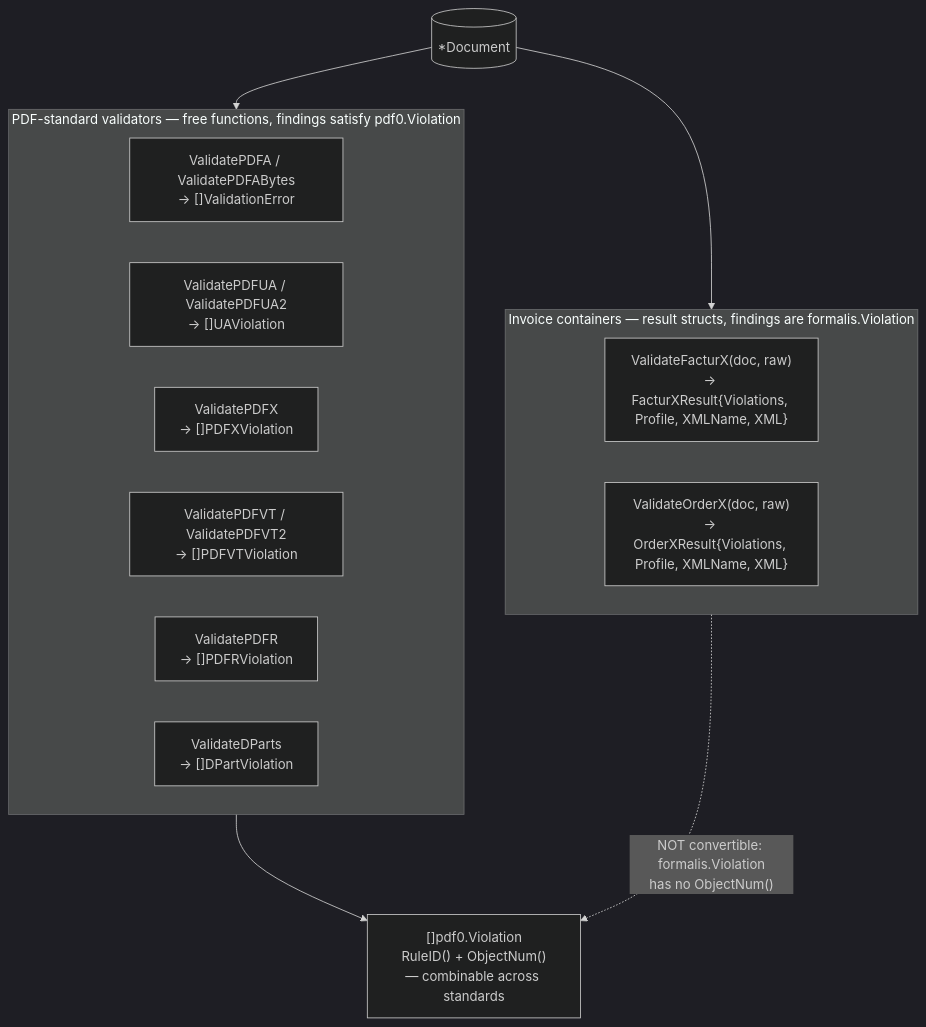
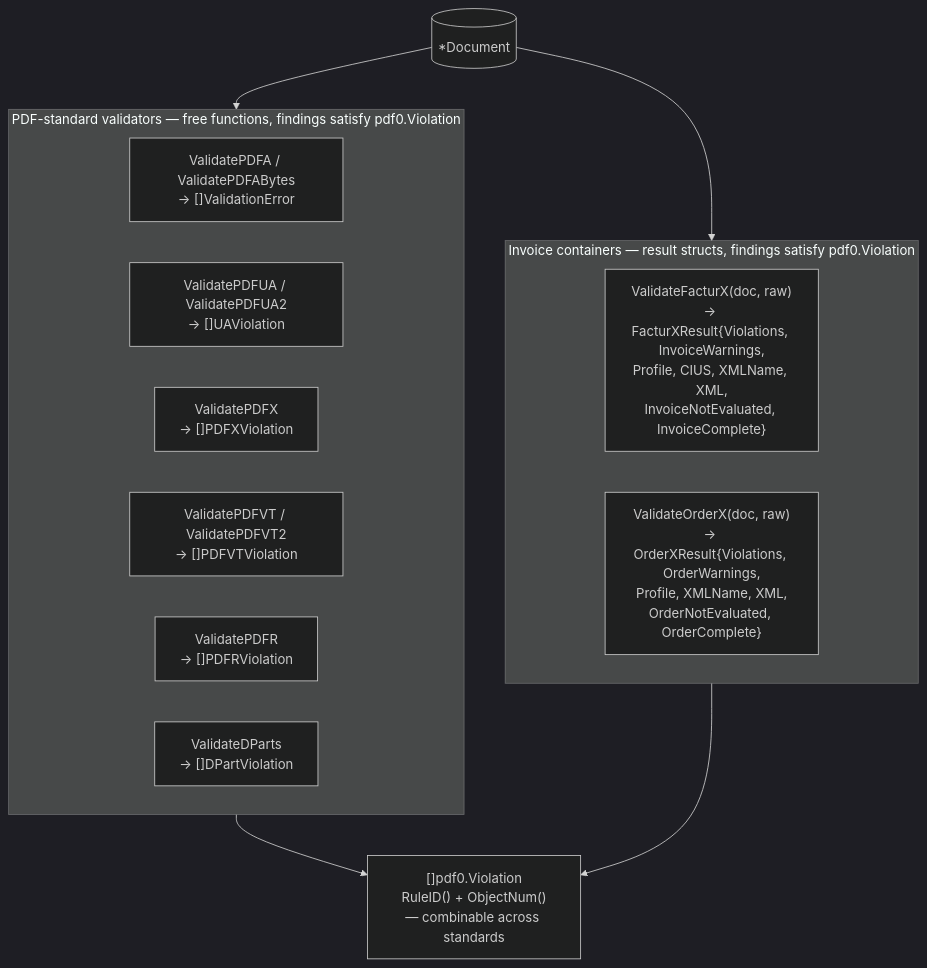
One commit to mgilbir/pdf0 changed the first of 2 diagrams in docs/validators.md. Above: the diagram before and after it, drawn with Mermaid (dark theme). The commit also changed other lines of this file and 18 other files, not shown here.

First line of the commit message:
Adapt to formalis v0.3.0, which validates Factur-X against Factur-X

````diff
--- a/docs/validators.md
+++ b/docs/validators.md
@@ -68,24 +71,24 @@
 ```mermaid
 flowchart TD
     Doc[("*Document")]
 
     subgraph pdfstd["PDF-standard validators — free functions, findings satisfy pdf0.Violation"]
         A["ValidatePDFA / ValidatePDFABytes<br/>→ []ValidationError"]
         UA["ValidatePDFUA / ValidatePDFUA2<br/>→ []UAViolation"]
         X["ValidatePDFX<br/>→ []PDFXViolation"]
         VT["ValidatePDFVT / ValidatePDFVT2<br/>→ []PDFVTViolation"]
         R["ValidatePDFR<br/>→ []PDFRViolation"]
         DP["ValidateDParts<br/>→ []DPartViolation"]
     end
 
-    subgraph invoice["Invoice containers — result structs, findings are formalis.Violation"]
-        FX["ValidateFacturX(doc, raw)<br/>→ FacturXResult{Violations, Profile, XMLName, XML}"]
-        OX["ValidateOrderX(doc, raw)<br/>→ OrderXResult{Violations, Profile, XMLName, XML}"]
+    subgraph invoice["Invoice containers — result structs, findings satisfy pdf0.Violation"]
+        FX["ValidateFacturX(doc, raw)<br/>→ FacturXResult{Violations, InvoiceWarnings,<br/>Profile, CIUS, XMLName, XML,<br/>InvoiceNotEvaluated, InvoiceComplete}"]
+        OX["ValidateOrderX(doc, raw)<br/>→ OrderXResult{Violations, OrderWarnings,<br/>Profile, XMLName, XML,<br/>OrderNotEvaluated, OrderComplete}"]
     end
 
     Doc --> pdfstd
     Doc --> invoice
 
     pdfstd --> V["[]pdf0.Violation<br/>RuleID() + ObjectNum()<br/>— combinable across standards"]
-    invoice -. "NOT convertible: formalis.Violation<br/>has no ObjectNum()" .-> V
+    invoice --> V
 ```
````
